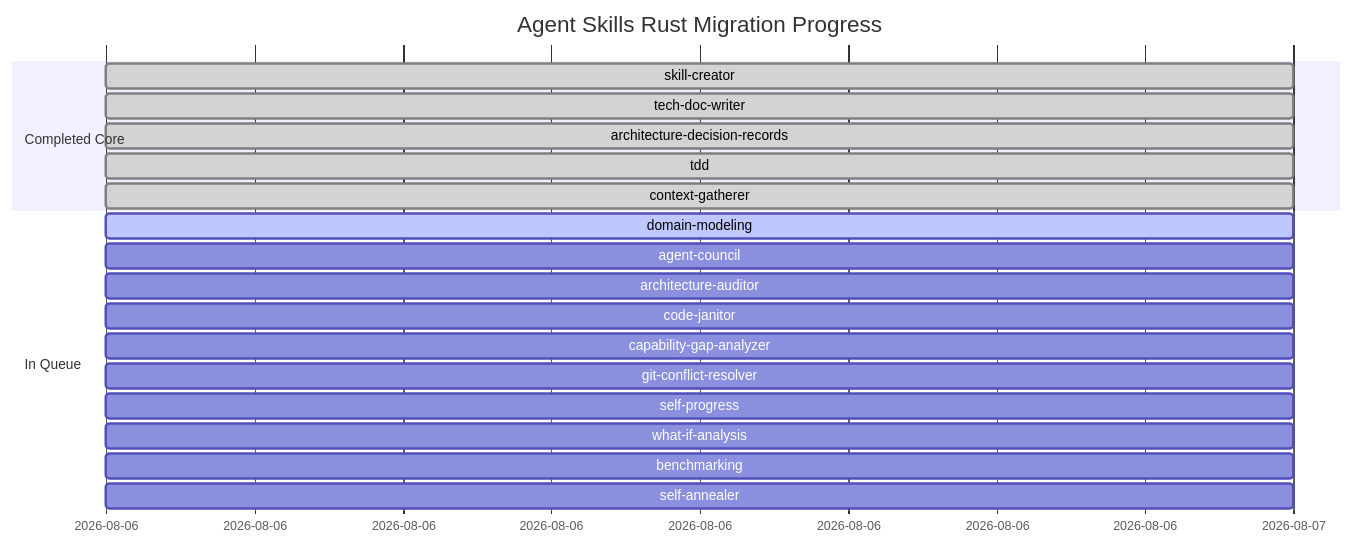
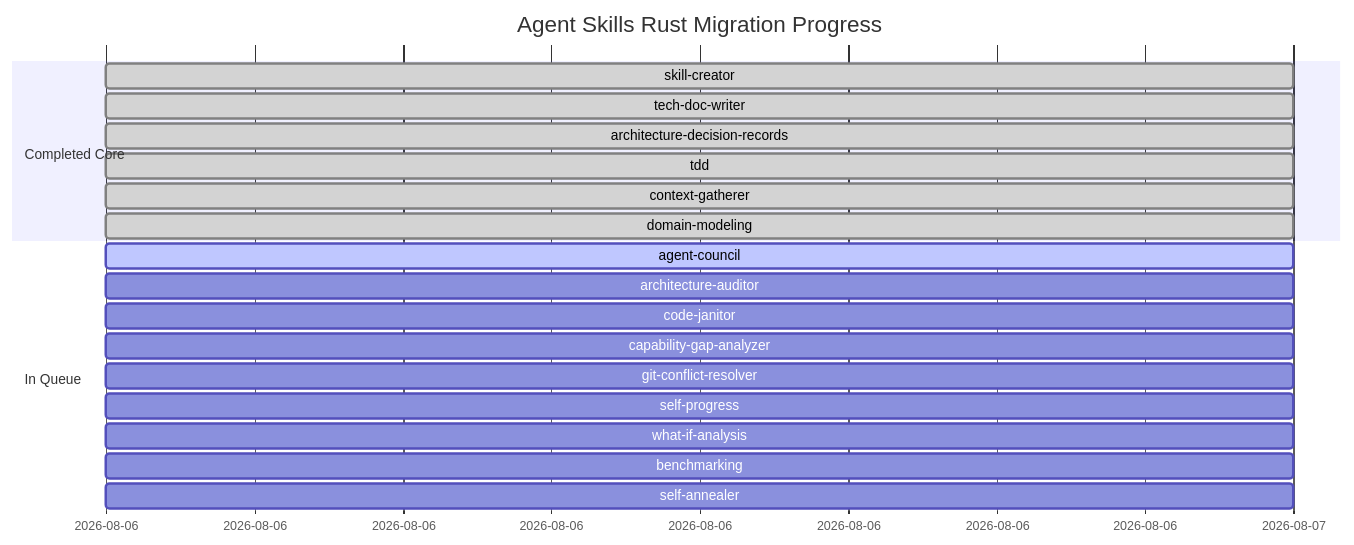
Before and after one commit to louis-pvs/agent-skills: the diagram in docs/migration_progress.md, drawn with Mermaid. The commit also changed other lines of this file and 5 other files, not shown here.

Commit message:
feat: implement domain modeling CLI tool with check and scaffold-entity commands

````diff
--- a/docs/migration_progress.md
+++ b/docs/migration_progress.md
@@ -26,22 +26,22 @@
 ```mermaid
 gantt
     title Agent Skills Rust Migration Progress
     dateFormat  YYYY-MM-DD
     section Completed Core
     skill-creator                  :done, 2026-08-06, 1d
     tech-doc-writer                :done, 2026-08-06, 1d
     architecture-decision-records  :done, 2026-08-06, 1d
     tdd                            :done, 2026-08-06, 1d
     context-gatherer               :done, 2026-08-06, 1d
+    domain-modeling                :done, 2026-08-06, 1d
     section In Queue
-    domain-modeling                :active, 2026-08-06, 1d
-    agent-council                  :2026-08-06, 1d
+    agent-council                  :active, 2026-08-06, 1d
     architecture-auditor           :2026-08-06, 1d
     code-janitor                   :2026-08-06, 1d
     capability-gap-analyzer        :2026-08-06, 1d
     git-conflict-resolver         :2026-08-06, 1d
     self-progress                  :2026-08-06, 1d
     what-if-analysis               :2026-08-06, 1d
     benchmarking                   :2026-08-06, 1d
     self-annealer                  :2026-08-06, 1d
 ```
````
